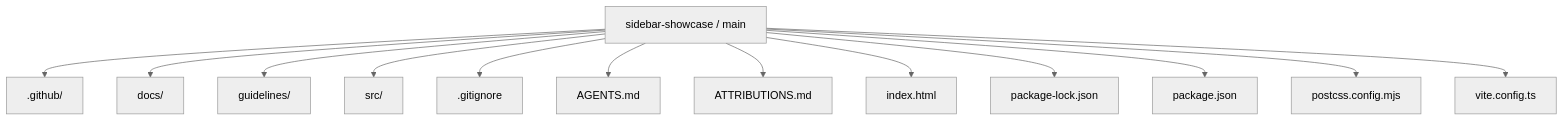
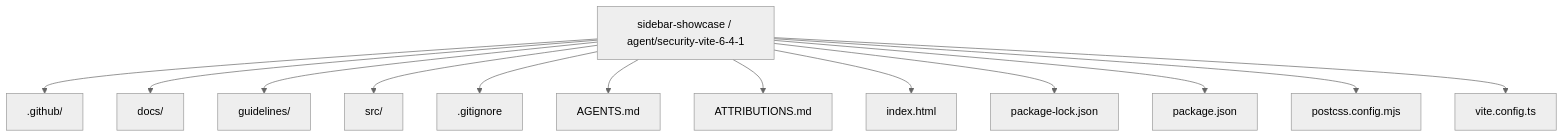
The first of 5 diagrams in README.md (Nischhalsubba/sidebar-showcase), drawn with Mermaid (neutral theme) before and after one commit. The commit also changed other lines of this file, not shown here.

````diff
--- a/README.md
+++ b/README.md
@@ -57,16 +57,16 @@
 ```mermaid
 flowchart TD
-    ROOT["sidebar-showcase / main"]
+    ROOT["sidebar-showcase / agent/security-vite-6-4-1"]
     ROOT --> P0[".github/"]
     ROOT --> P1["docs/"]
     ROOT --> P2["guidelines/"]
     ROOT --> P3["src/"]
     ROOT --> P4[".gitignore"]
     ROOT --> P5["AGENTS.md"]
     ROOT --> P6["ATTRIBUTIONS.md"]
     ROOT --> P7["index.html"]
     ROOT --> P8["package-lock.json"]
     ROOT --> P9["package.json"]
     ROOT --> P10["postcss.config.mjs"]
     ROOT --> P11["vite.config.ts"]
 ```
````
